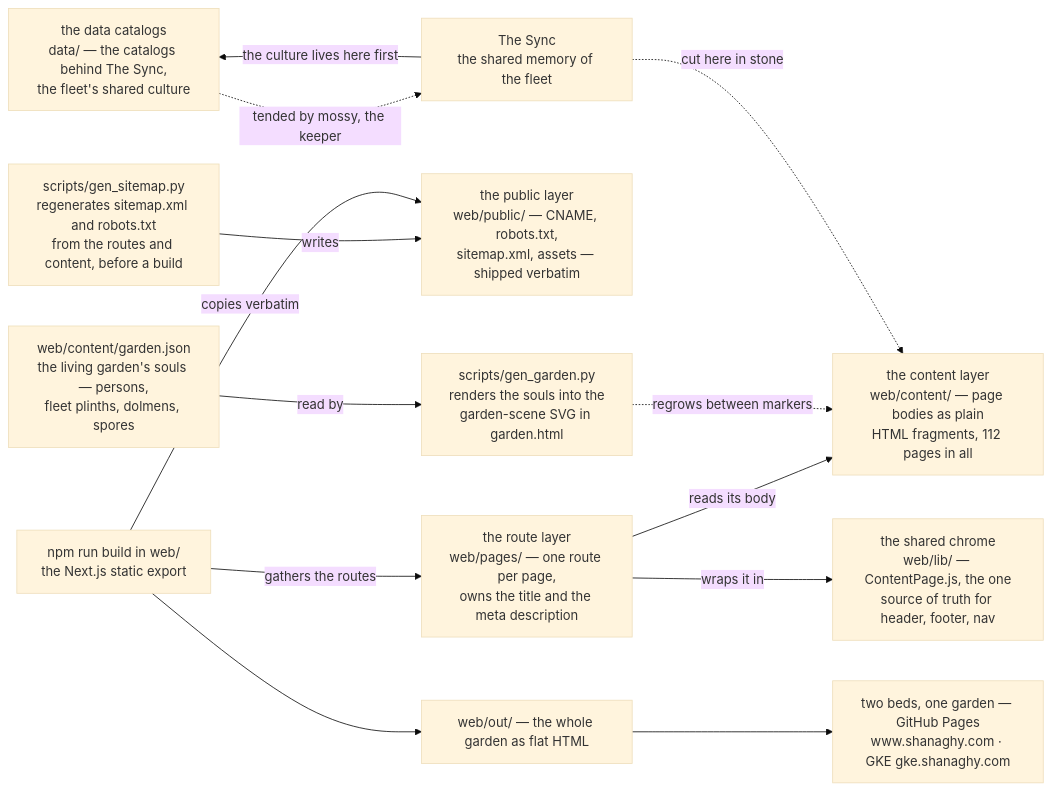
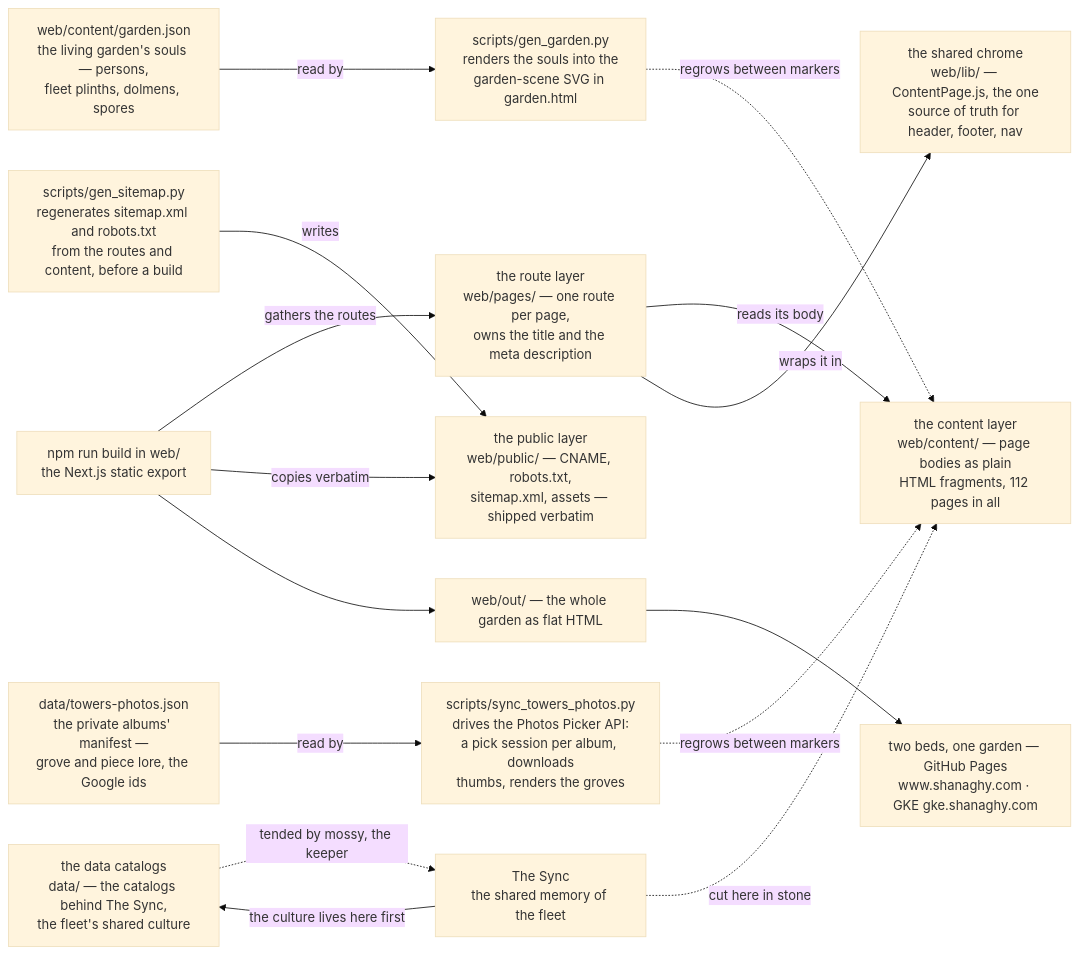
One commit to declanshanaghy/shanaghy.com changed the second of 6 diagrams in README.md. Above: the diagram before and after it, drawn with Mermaid (base theme). The commit also changed other lines of this file and 22 other files, not shown here.

````diff
--- a/README.md
+++ b/README.md
@@ -75,27 +88,31 @@
 ```mermaid
 flowchart LR
     bodies["the content layer<br/>web/content/ — page bodies as plain<br/>HTML fragments, 112 pages in all"]
     route["the route layer<br/>web/pages/ — one route per page,<br/>owns the title and the meta description"]
     chrome["the shared chrome<br/>web/lib/ — ContentPage.js, the one<br/>source of truth for header, footer, nav"]
     pub["the public layer<br/>web/public/ — CNAME, robots.txt,<br/>sitemap.xml, assets — shipped verbatim"]
     cat["the data catalogs<br/>data/ — the catalogs behind The Sync,<br/>the fleet's shared culture"]
     gen["scripts/gen_sitemap.py<br/>regenerates sitemap.xml and robots.txt<br/>from the routes and content, before a build"]
     gardenj["web/content/garden.json<br/>the living garden's souls — persons,<br/>fleet plinths, dolmens, spores"]
     geng["scripts/gen_garden.py<br/>renders the souls into the<br/>garden-scene SVG in garden.html"]
     sync["The Sync<br/>the shared memory of the fleet"]
     nextb["npm run build in web/<br/>the Next.js static export"]
     out["web/out/ — the whole garden as flat HTML"]
     live["two beds, one garden — GitHub Pages<br/>www.shanaghy.com · GKE gke.shanaghy.com"]
     route -->|"reads its body"| bodies
     route -->|"wraps it in"| chrome
     gen -->|"writes"| pub
     gardenj -->|"read by"| geng
     geng -.->|"regrows between markers"| bodies
+    towersj["data/towers-photos.json<br/>the private albums' manifest —<br/>grove and piece lore, the Google ids"]
+    syncp["scripts/sync_towers_photos.py<br/>drives the Photos Picker API:<br/>a pick session per album, downloads<br/>thumbs, renders the groves"]
+    towersj -->|"read by"| syncp
+    syncp -.->|"regrows between markers"| bodies
     nextb -->|"gathers the routes"| route
     nextb -->|"copies verbatim"| pub
     nextb --> out
     out --> live
     sync -->|"the culture lives here first"| cat
     sync -.->|"cut here in stone"| bodies
     cat -.->|"tended by mossy, the keeper"| sync
 ```
````
